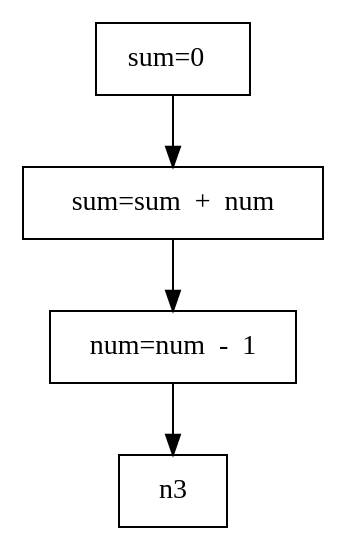
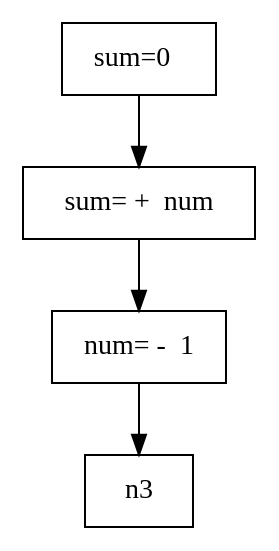
One commit to AbhijeetSasmal15121996/Compiler changed the diagram in Compiler Design/tac.dot. Above: the diagram before and after it, drawn with Graphviz. The commit also changed 3 other files, not shown here.

```diff
--- a/Compiler Design/tac.dot
+++ b/Compiler Design/tac.dot
@@ -1,9 +1,9 @@
 digraph G {
 node [shape = box];
 n0 [label="sum=0  "];
 n0 -> n1
-n1 [label="sum=sum  +  num"];
+n1 [label="sum= +  num"];
 n1 -> n2
-n2 [label="num=num  -  1"];
+n2 [label="num= -  1"];
 n2 -> n3
 }
```
